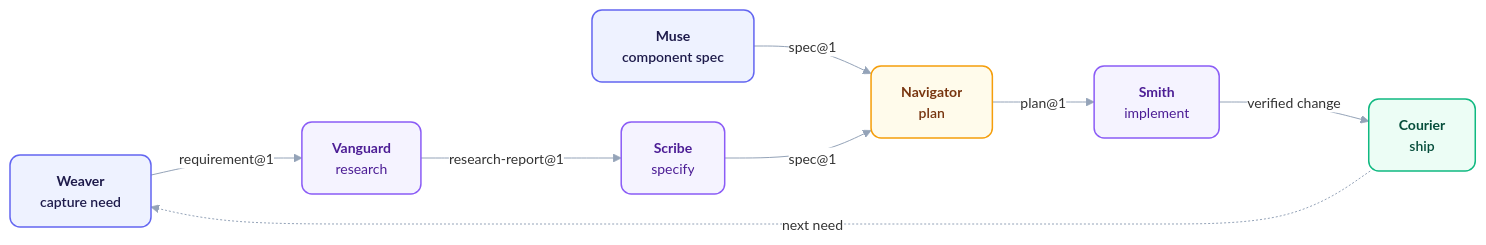
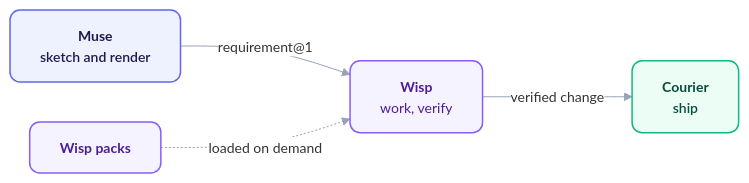
One commit to orin-dx/wisp-plugins changed the second of 6 diagrams in ARCHITECTURE.md. Above: the diagram before and after it, drawn with Mermaid. The commit also changed other lines of this file and 385 other files, not shown here.

First line of the commit message:
feat!: remove eight plugins, trim muse and courier for v5

````diff
--- a/ARCHITECTURE.md
+++ b/ARCHITECTURE.md
@@ -57,21 +65,15 @@
 ```mermaid
 %%{init: {'theme': 'base', 'flowchart': {'curve': 'basis', 'nodeSpacing': 40, 'rankSpacing': 56}, 'themeVariables': {'fontFamily': 'Inter, ui-sans-serif, system-ui, sans-serif', 'fontSize': '14px', 'lineColor': '#94a3b8', 'edgeLabelBackground': '#ffffff'}}}%%
 flowchart LR
     classDef source fill:#eef2ff,stroke:#6366f1,stroke-width:1.5px,color:#1e1b4b,rx:10px,ry:10px,font-weight:600;
     classDef engine fill:#f5f3ff,stroke:#8b5cf6,stroke-width:1.5px,color:#4c1d95,rx:10px,ry:10px;
-    classDef router fill:#fffbeb,stroke:#f59e0b,stroke-width:1.5px,color:#78350f,rx:10px,ry:10px,font-weight:600;
     classDef output fill:#ecfdf5,stroke:#10b981,stroke-width:1.5px,color:#064e3b,rx:10px,ry:10px,font-weight:600;
 
-    we["<b>Weaver</b><br/>capture need"] -->|"requirement@1"| va["<b>Vanguard</b><br/>research"]
-    va -->|"research-report@1"| sc["<b>Scribe</b><br/>specify"]
-    mu["<b>Muse</b><br/>component spec"] -->|"spec@1"| na["<b>Navigator</b><br/>plan"]
-    sc -->|"spec@1"| na
-    na -->|"plan@1"| sm["<b>Smith</b><br/>implement"]
-    sm -->|"verified change"| co["<b>Courier</b><br/>ship"]
-    co -.->|"next need"| we
+    mu["<b>Muse</b><br/>sketch and render"] -->|"requirement@1"| wi["<b>Wisp</b><br/>work, verify"]
+    wi -->|"verified change"| co["<b>Courier</b><br/>ship"]
+    pk["<b>Wisp packs</b>"] -.->|"loaded on demand"| wi
 
-    class we,mu source
-    class va,sc,sm engine
-    class na router
+    class mu source
+    class wi,pk engine
     class co output
 ```
````
